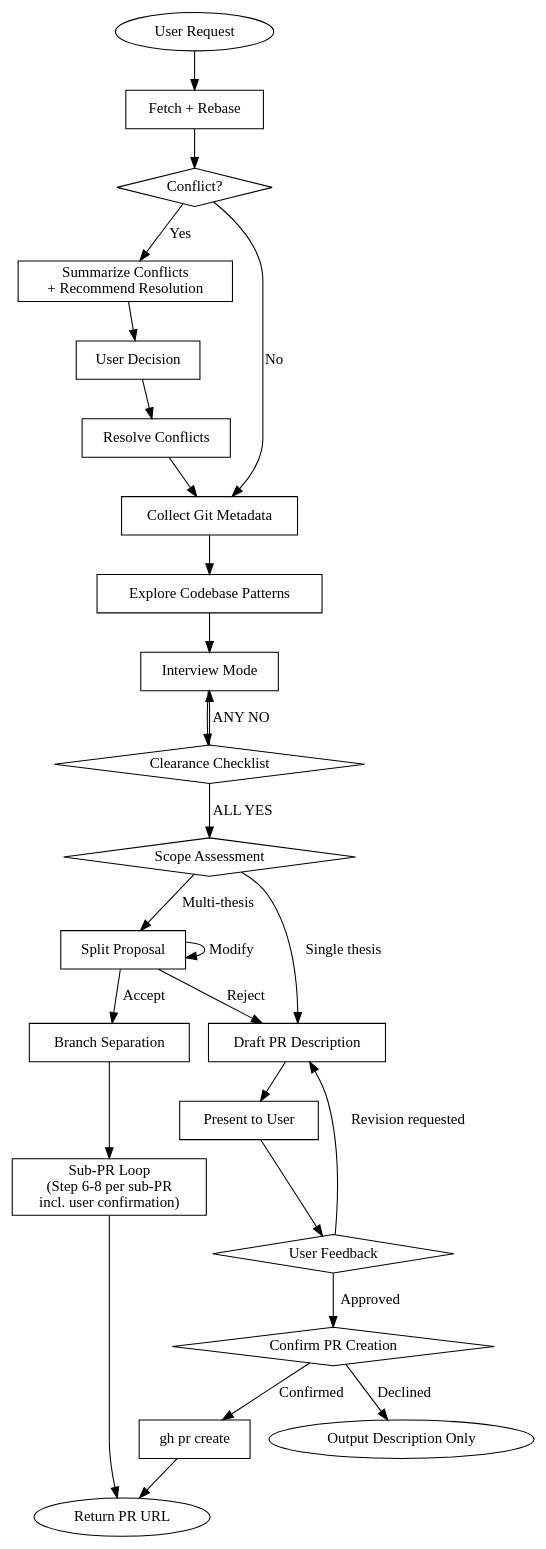
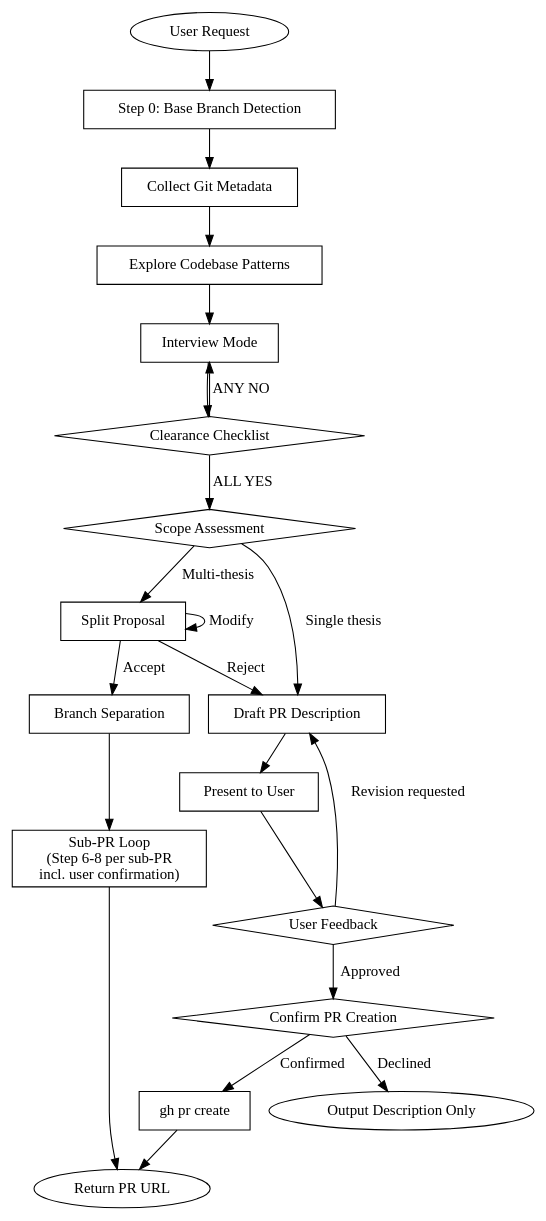
Before and after one commit to toongri/oh-my-toong-playground: the diagram in skills/make-pr/SKILL.md, drawn with Graphviz. The commit also changed other lines of this file and 1 other file, not shown here.

Commit message:
fix: Step 0 rebase 콘텐츠 전체 제거

````diff
--- a/skills/make-pr/SKILL.md
+++ b/skills/make-pr/SKILL.md
@@ -61,54 +61,45 @@
 ```dot
 digraph make_pr_flow {
     rankdir=TB;
 
     "User Request" [shape=ellipse];
-    "Fetch + Rebase" [shape=box];
-    "Conflict?" [shape=diamond];
-    "Summarize Conflicts\n+ Recommend Resolution" [shape=box];
-    "User Decision" [shape=box];
-    "Resolve Conflicts" [shape=box];
+    "Step 0: Base Branch Detection" [shape=box];
     "Collect Git Metadata" [shape=box];
     "Explore Codebase Patterns" [shape=box];
     "Interview Mode" [shape=box];
     "Clearance Checklist" [shape=diamond];
     "Scope Assessment" [shape=diamond];
     "Split Proposal" [shape=box];
     "Branch Separation" [shape=box];
     "Sub-PR Loop\n(Step 6-8 per sub-PR\nincl. user confirmation)" [shape=box];
     "Draft PR Description" [shape=box];
     "Present to User" [shape=box];
     "User Feedback" [shape=diamond];
     "Confirm PR Creation" [shape=diamond];
     "gh pr create" [shape=box];
     "Return PR URL" [shape=ellipse];
     "Output Description Only" [shape=ellipse];
 
-    "User Request" -> "Fetch + Rebase";
-    "Fetch + Rebase" -> "Conflict?";
-    "Conflict?" -> "Collect Git Metadata" [label="No"];
-    "Conflict?" -> "Summarize Conflicts\n+ Recommend Resolution" [label="Yes"];
-    "Summarize Conflicts\n+ Recommend Resolution" -> "User Decision";
-    "User Decision" -> "Resolve Conflicts";
-    "Resolve Conflicts" -> "Collect Git Metadata";
+    "User Request" -> "Step 0: Base Branch Detection";
+    "Step 0: Base Branch Detection" -> "Collect Git Metadata";
     "Collect Git Metadata" -> "Explore Codebase Patterns";
     "Explore Codebase Patterns" -> "Interview Mode";
     "Interview Mode" -> "Clearance Checklist";
     "Clearance Checklist" -> "Interview Mode" [label="ANY NO"];
     "Clearance Checklist" -> "Scope Assessment" [label="ALL YES"];
     "Scope Assessment" -> "Draft PR Description" [label="Single thesis"];
     "Scope Assessment" -> "Split Proposal" [label="Multi-thesis"];
     "Split Proposal" -> "Branch Separation" [label="Accept"];
     "Split Proposal" -> "Draft PR Description" [label="Reject"];
     "Split Proposal" -> "Split Proposal" [label="Modify"];
     "Branch Separation" -> "Sub-PR Loop\n(Step 6-8 per sub-PR\nincl. user confirmation)";
     "Sub-PR Loop\n(Step 6-8 per sub-PR\nincl. user confirmation)" -> "Return PR URL";
     "Draft PR Description" -> "Present to User";
     "Present to User" -> "User Feedback";
     "User Feedback" -> "Draft PR Description" [label="Revision requested"];
     "User Feedback" -> "Confirm PR Creation" [label="Approved"];
     "Confirm PR Creation" -> "Output Description Only" [label="Declined"];
     "Confirm PR Creation" -> "gh pr create" [label="Confirmed"];
     "gh pr create" -> "Return PR URL";
 }
 ```
````
